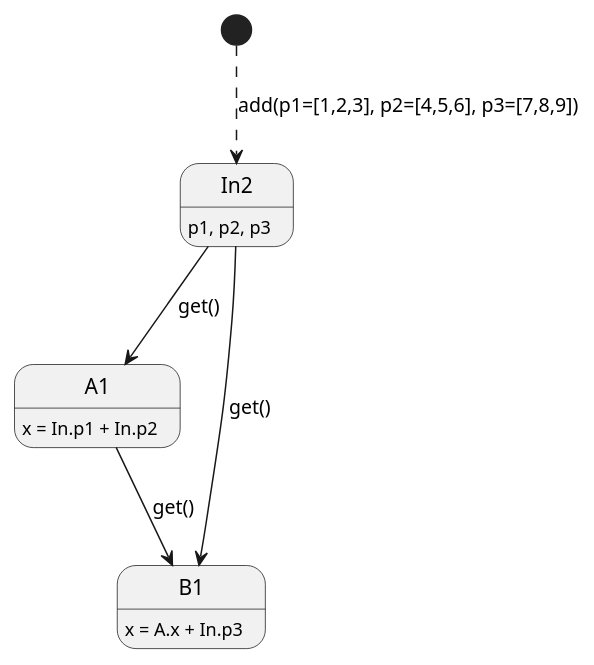
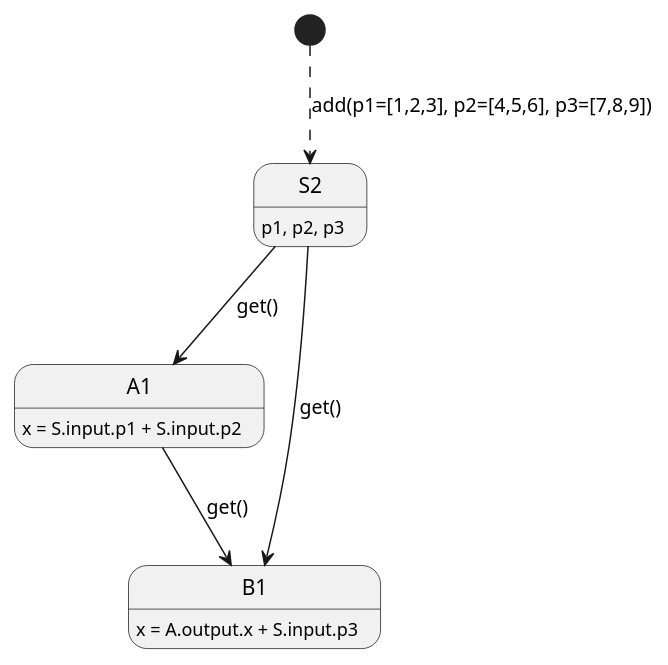
One commit to PeterKanderholm/mdrunner changed the diagram in docs/test_5.puml. Above: the diagram before and after it, drawn with PlantUML. The commit also changed 26 other files, not shown here.

```diff
--- a/docs/test_5.puml
+++ b/docs/test_5.puml
@@ -1,13 +1,13 @@
 @startuml
-[*] -[dashed]-> In2 : add(p1=[1,2,3], p2=[4,5,6], p3=[7,8,9])
+[*] -[dashed]-> S2 : add(p1=[1,2,3], p2=[4,5,6], p3=[7,8,9])
 
-In2 --> A1 : get()
-In2 --> B1 : get()
+S2 --> A1 : get()
+S2 --> B1 : get()
 
 A1 --> B1 : get()
 
-In2 : p1, p2, p3
-A1 : x = In.p1 + In.p2
-B1 : x = A.x + In.p3
+S2 : p1, p2, p3
+A1 : x = S.input.p1 + S.input.p2
+B1 : x = A.output.x + S.input.p3
 
 @enduml
```
